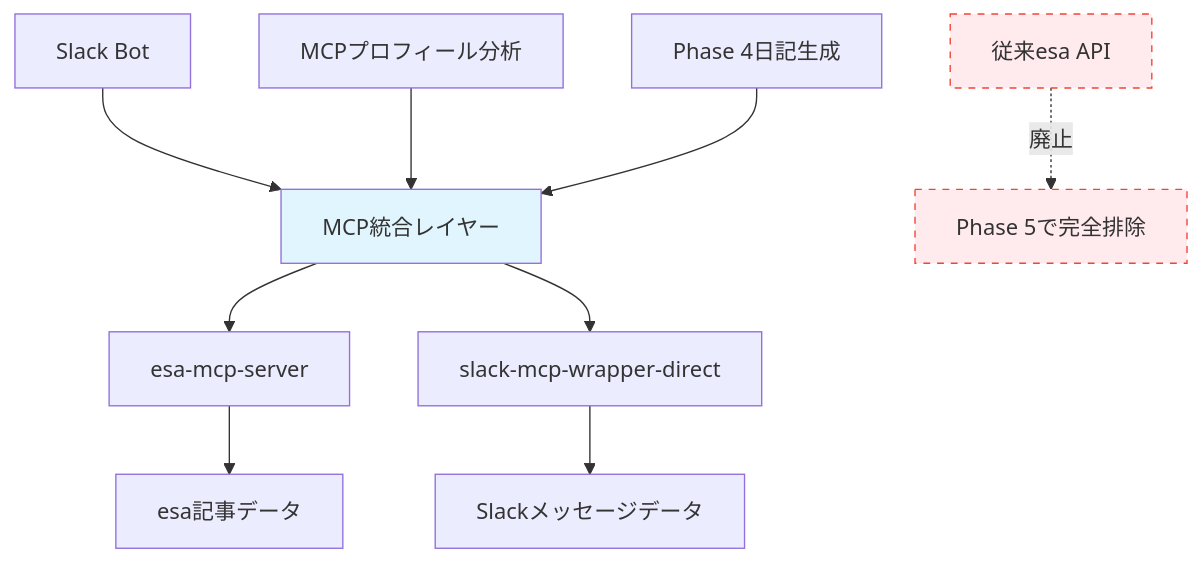
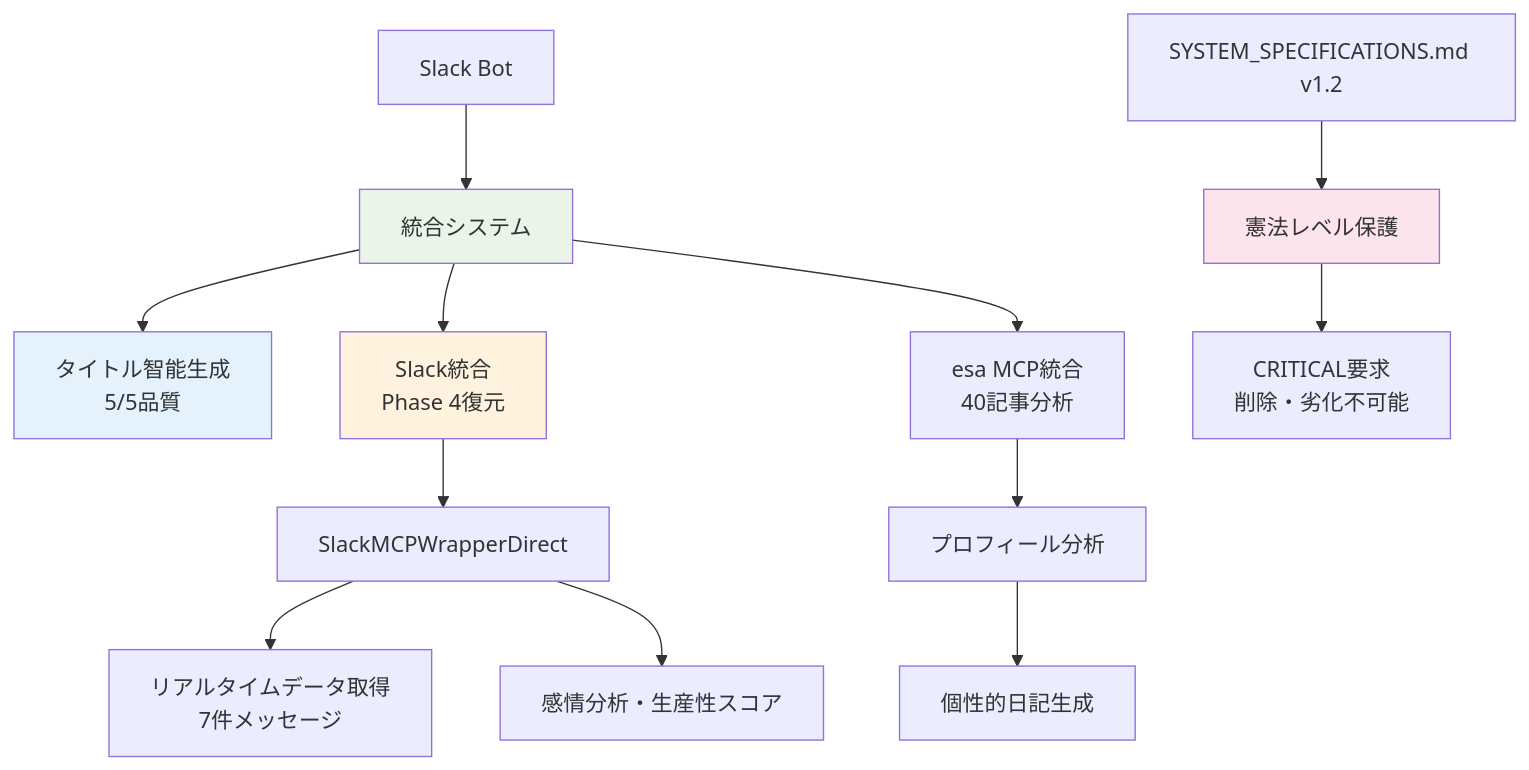
Before and after one commit to esminc/ghostwriter-ai-system: the diagram in README.md, drawn with Mermaid. The commit also changed other lines of this file and 27 other files, not shown here.

````diff
--- a/README.md
+++ b/README.md
@@ -28,15 +76,22 @@
 ```mermaid
 graph TB
-    A[Slack Bot] --> B[MCP統合レイヤー]
-    B --> C[esa-mcp-server]
-    B --> D[slack-mcp-wrapper-direct]
-    C --> E[esa記事データ]
-    D --> F[Slackメッセージデータ]
-    G[MCPプロフィール分析] --> B
-    H[Phase 4日記生成] --> B
-    I[従来esa API] -.->|廃止| J[Phase 5で完全排除]
+    A[Slack Bot] --> B[統合システム]
+    B --> C[タイトル智能生成<br/>5/5品質]
+    B --> D[Slack統合<br/>Phase 4復元]
+    B --> E[esa MCP統合<br/>40記事分析]
     
-    style B fill:#e1f5fe
-    style I fill:#ffebee,stroke:#f44336,stroke-dasharray: 5 5
-    style J fill:#ffebee,stroke:#f44336,stroke-dasharray: 5 5
+    D --> F[SlackMCPWrapperDirect]
+    F --> G[リアルタイムデータ取得<br/>7件メッセージ]
+    F --> H[感情分析・生産性スコア]
+    
+    E --> I[プロフィール分析]
+    I --> J[個性的日記生成]
+    
+    K[SYSTEM_SPECIFICATIONS.md v1.2] --> L[憲法レベル保護]
+    L --> M[CRITICAL要求<br/>削除・劣化不可能]
+    
+    style B fill:#e8f5e8
+    style C fill:#e3f2fd
+    style D fill:#fff3e0
+    style L fill:#fce4ec
 ```
````
